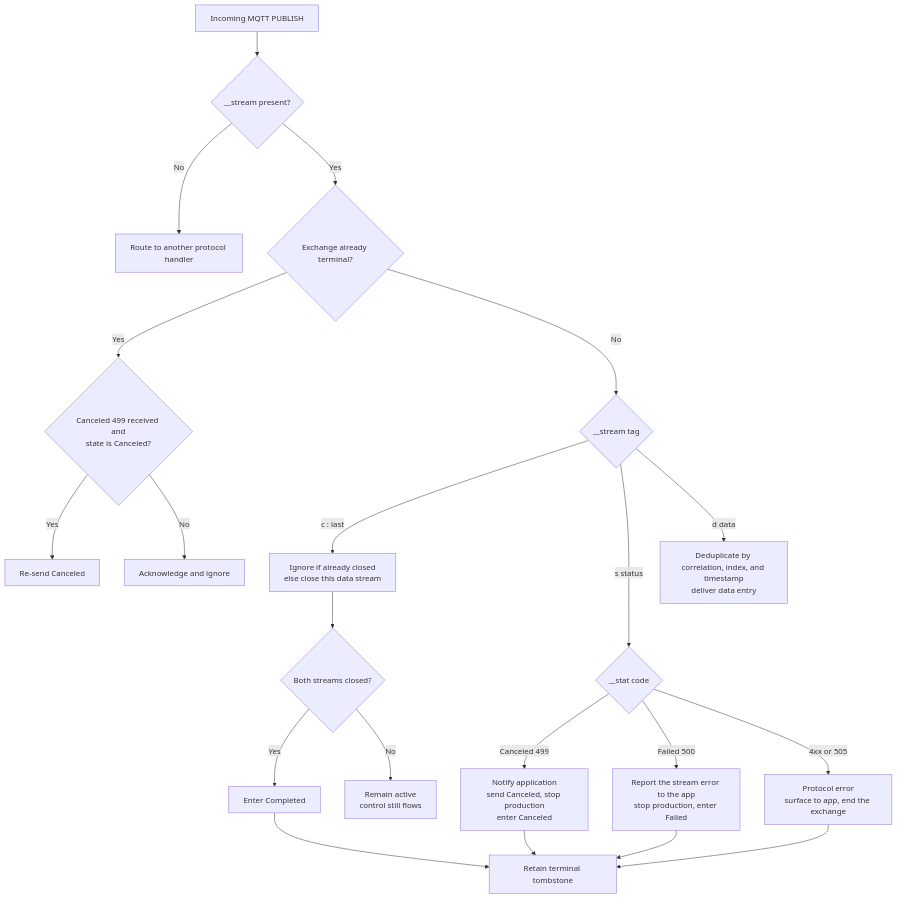
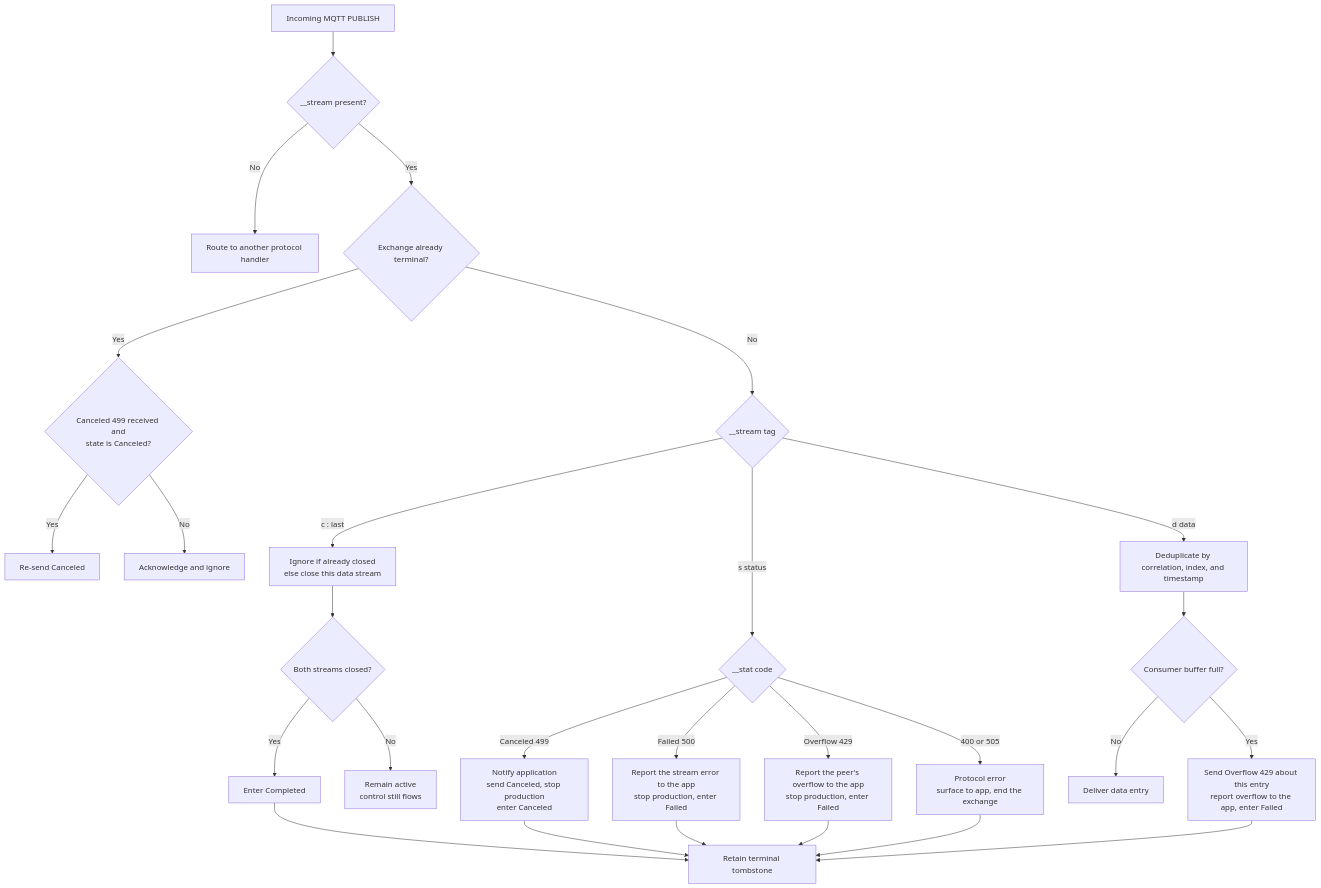
Before and after one commit to Azure/iot-operations-sdks: the ninth of 10 diagrams in doc/dev/adr/0025-rpc-streaming-lifecycle-diagrams.md, drawn with Mermaid. The commit also changed other lines of this file and 4 other files, not shown here.

First line of the commit message:
ADR 25: add flow control and scenario coverage doc

````diff
--- a/doc/dev/adr/0025-rpc-streaming-lifecycle-diagrams.md
+++ b/doc/dev/adr/0025-rpc-streaming-lifecycle-diagrams.md
@@ -362,23 +362,29 @@
 ```mermaid
 flowchart TD
     P["Incoming MQTT PUBLISH"] --> S{"__stream present?"}
     S -- "No" --> O["Route to another protocol handler"]
     S -- "Yes" --> T{"Exchange already terminal?"}
     T -- "Yes" --> RC{"Canceled 499 received and<br/>state is Canceled?"}
     RC -- "Yes" --> RA["Re-send Canceled"]
     RC -- "No" --> AI["Acknowledge and ignore"]
     T -- "No" --> TAG{"__stream tag"}
     TAG -- "c : last" --> HC["Ignore if already closed<br/>else close this data stream"]
     HC --> BC{"Both streams closed?"}
     BC -- "Yes" --> CO["Enter Completed"]
     BC -- "No" --> AC["Remain active<br/>control still flows"]
     TAG -- "s status" --> ST{"__stat code"}
     ST -- "Canceled 499" --> CAN["Notify application<br/>send Canceled, stop production<br/>enter Canceled"]
     ST -- "Failed 500" --> FA["Report the stream error to the app<br/>stop production, enter Failed"]
-    ST -- "4xx or 505" --> PE["Protocol error<br/>surface to app, end the exchange"]
-    TAG -- "d data" --> D["Deduplicate by correlation, index, and timestamp<br/>deliver data entry"]
+    ST -- "Overflow 429" --> OR["Report the peer's overflow to the app<br/>stop production, enter Failed"]
+    ST -- "400 or 505" --> PE["Protocol error<br/>surface to app, end the exchange"]
+    TAG -- "d data" --> D["Deduplicate by correlation, index, and timestamp"]
+    D --> BF{"Consumer buffer full?"}
+    BF -- "No" --> DE["Deliver data entry"]
+    BF -- "Yes" --> OV["Send Overflow 429 about this entry<br/>report overflow to the app, enter Failed"]
     CAN --> TS["Retain terminal tombstone"]
     FA --> TS
+    OR --> TS
+    OV --> TS
     CO --> TS
     PE --> TS
 ```
````
